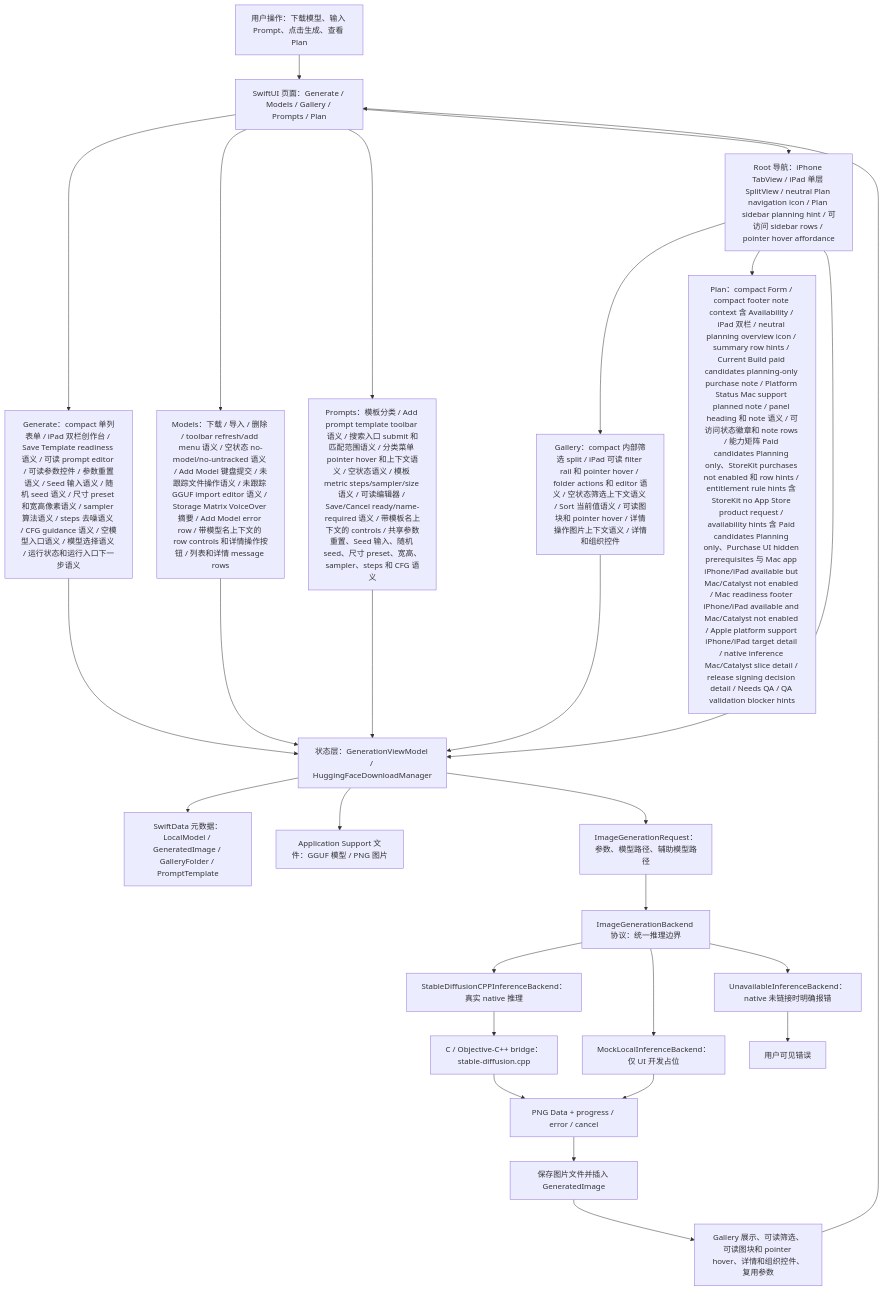
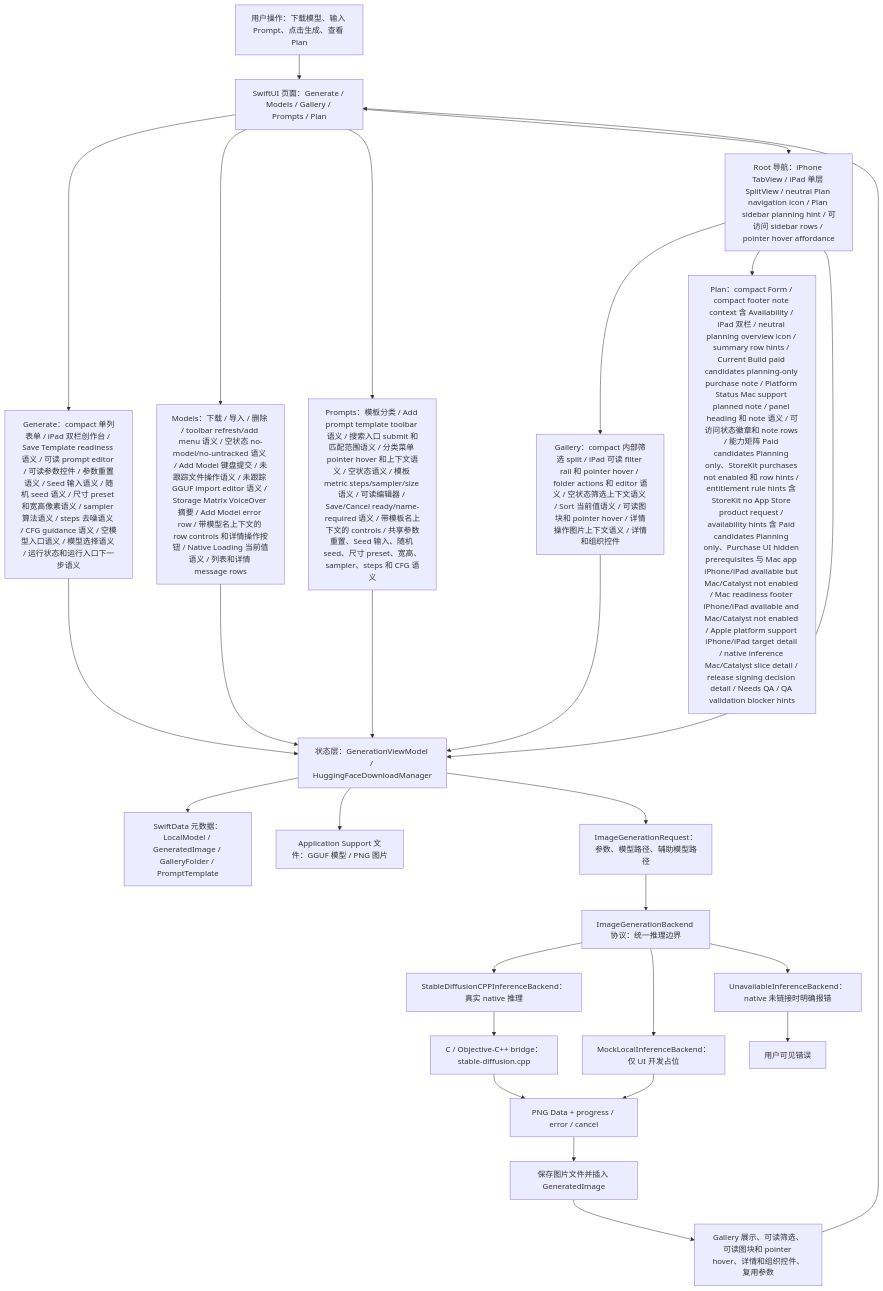
One commit to Altman-sam114/118 changed the first of 7 diagrams in md/flow/flowchart.md. Above: the diagram before and after it, drawn with Mermaid. The commit also changed other lines of this file and 5 other files, not shown here.

First line of the commit message:
v1.89: Models native loading picker semantics

````diff
--- a/md/flow/flowchart.md
+++ b/md/flow/flowchart.md
@@ -9,29 +9,29 @@
 ```mermaid
 flowchart TD
   U["用户操作：下载模型、输入 Prompt、点击生成、查看 Plan"] --> UI["SwiftUI 页面：Generate / Models / Gallery / Prompts / Plan"]
   UI --> GENUI["Generate：compact 单列表单 / iPad 双栏创作台 / Save Template readiness 语义 / 可读 prompt editor / 可读参数控件 / 参数重置语义 / Seed 输入语义 / 随机 seed 语义 / 尺寸 preset 和宽高像素语义 / sampler 算法语义 / steps 去噪语义 / CFG guidance 语义 / 空模型入口语义 / 模型选择语义 / 运行状态和运行入口下一步语义"]
-  UI --> MODELUI["Models：下载 / 导入 / 删除 / toolbar refresh/add menu 语义 / 空状态 no-model/no-untracked 语义 / Add Model 键盘提交 / 未跟踪文件操作语义 / 未跟踪 GGUF import editor 语义 / Storage Matrix VoiceOver 摘要 / Add Model error row / 带模型名上下文的 row controls 和详情操作按钮 / 列表和详情 message rows"]
+  UI --> MODELUI["Models：下载 / 导入 / 删除 / toolbar refresh/add menu 语义 / 空状态 no-model/no-untracked 语义 / Add Model 键盘提交 / 未跟踪文件操作语义 / 未跟踪 GGUF import editor 语义 / Storage Matrix VoiceOver 摘要 / Add Model error row / 带模型名上下文的 row controls 和详情操作按钮 / Native Loading 当前值语义 / 列表和详情 message rows"]
   UI --> PROMPTUI["Prompts：模板分类 / Add prompt template toolbar 语义 / 搜索入口 submit 和匹配范围语义 / 分类菜单 pointer hover 和上下文语义 / 空状态语义 / 模板 metric steps/sampler/size 语义 / 可读编辑器 / Save/Cancel ready/name-required 语义 / 带模板名上下文的 controls / 共享参数重置、Seed 输入、随机 seed、尺寸 preset、宽高、sampler、steps 和 CFG 语义"]
   UI --> NAV["Root 导航：iPhone TabView / iPad 单层 SplitView / neutral Plan navigation icon / Plan sidebar planning hint / 可访问 sidebar rows / pointer hover affordance"]
   NAV --> GALUI["Gallery：compact 内部筛选 split / iPad 可读 filter rail 和 pointer hover / folder actions 和 editor 语义 / 空状态筛选上下文语义 / Sort 当前值语义 / 可读图块和 pointer hover / 详情操作图片上下文语义 / 详情和组织控件"]
   NAV --> PLANUI["Plan：compact Form / compact footer note context 含 Availability / iPad 双栏 / neutral planning overview icon / summary row hints / Current Build paid candidates planning-only purchase note / Platform Status Mac support planned note / panel heading 和 note 语义 / 可访问状态徽章和 note rows / 能力矩阵 Paid candidates Planning only、StoreKit purchases not enabled 和 row hints / entitlement rule hints 含 StoreKit no App Store product request / availability hints 含 Paid candidates Planning only、Purchase UI hidden prerequisites 与 Mac app iPhone/iPad available but Mac/Catalyst not enabled / Mac readiness footer iPhone/iPad available and Mac/Catalyst not enabled / Apple platform support iPhone/iPad target detail / native inference Mac/Catalyst slice detail / release signing decision detail / Needs QA / QA validation blocker hints"]
   NAV --> VM["状态层：GenerationViewModel / HuggingFaceDownloadManager"]
   GENUI --> VM
   MODELUI --> VM
   PROMPTUI --> VM
   GALUI --> VM
   VM --> SD["SwiftData 元数据：LocalModel / GeneratedImage / GalleryFolder / PromptTemplate"]
   VM --> FS["Application Support 文件：GGUF 模型 / PNG 图片"]
   VM --> REQ["ImageGenerationRequest：参数、模型路径、辅助模型路径"]
   REQ --> IFACE["ImageGenerationBackend 协议：统一推理边界"]
   IFACE --> NATIVE["StableDiffusionCPPInferenceBackend：真实 native 推理"]
   IFACE --> MOCK["MockLocalInferenceBackend：仅 UI 开发占位"]
   IFACE --> OFF["UnavailableInferenceBackend：native 未链接时明确报错"]
   NATIVE --> BRIDGE["C / Objective-C++ bridge：stable-diffusion.cpp"]
   BRIDGE --> PNG["PNG Data + progress / error / cancel"]
   MOCK --> PNG
   OFF --> ERR["用户可见错误"]
   PNG --> SAVE["保存图片文件并插入 GeneratedImage"]
   SAVE --> GALLERY["Gallery 展示、可读筛选、可读图块和 pointer hover、详情和组织控件、复用参数"]
   GALLERY --> UI
 ```
````
